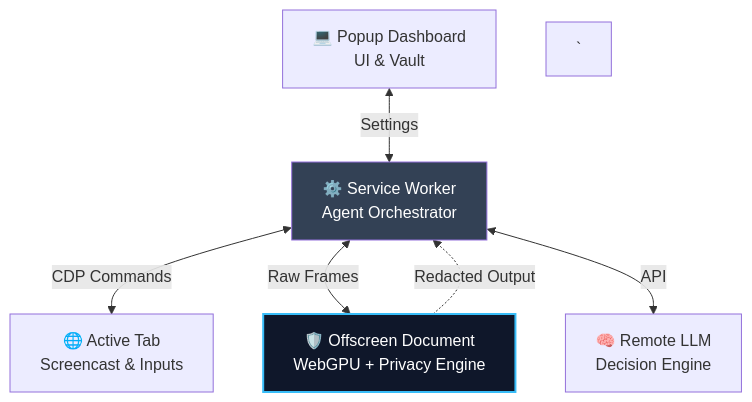
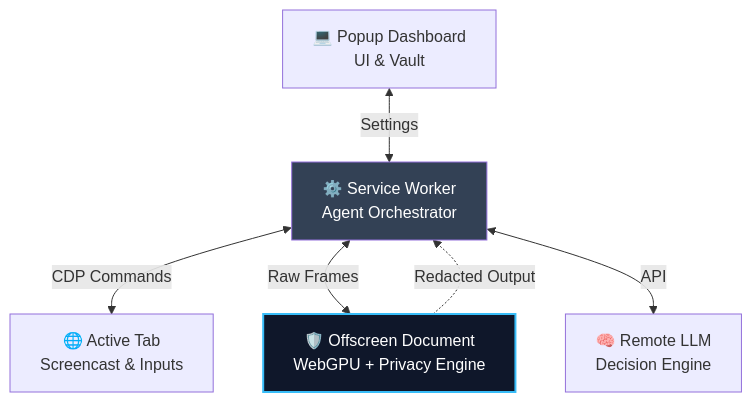
One commit to ashroxy/LensAgent changed the diagram in README.md. Above: the diagram before and after it, drawn with Mermaid. The commit also changed other lines of this file, not shown here.

````diff
--- a/README.md
+++ b/README.md
@@ -50,11 +50,11 @@
 ```mermaid
 graph TD
     Popup[💻 Popup Dashboard<br/>UI & Vault] <-->|Settings| SW
     SW[⚙️ Service Worker<br/>Agent Orchestrator] <-->|CDP Commands| Tab[🌐 Active Tab<br/>Screencast & Inputs]
     SW <-->|Raw Frames| Offscreen[🛡️ Offscreen Document<br/>WebGPU + Privacy Engine]
     Offscreen -.->|Redacted Output| SW
     SW <-->|API| LLM[🧠 Remote LLM<br/>Decision Engine]
-`
+
     style Offscreen fill:#0f172a,stroke:#38bdf8,stroke-width:2px,color:#fff
     style SW fill:#334155,color:#fff
 ```
````
